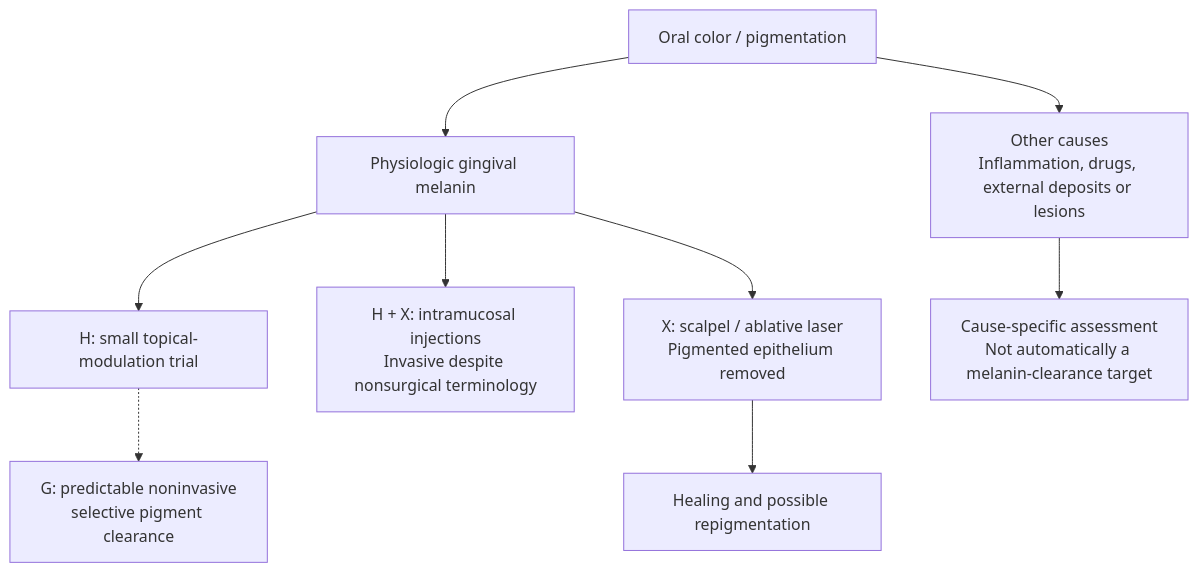
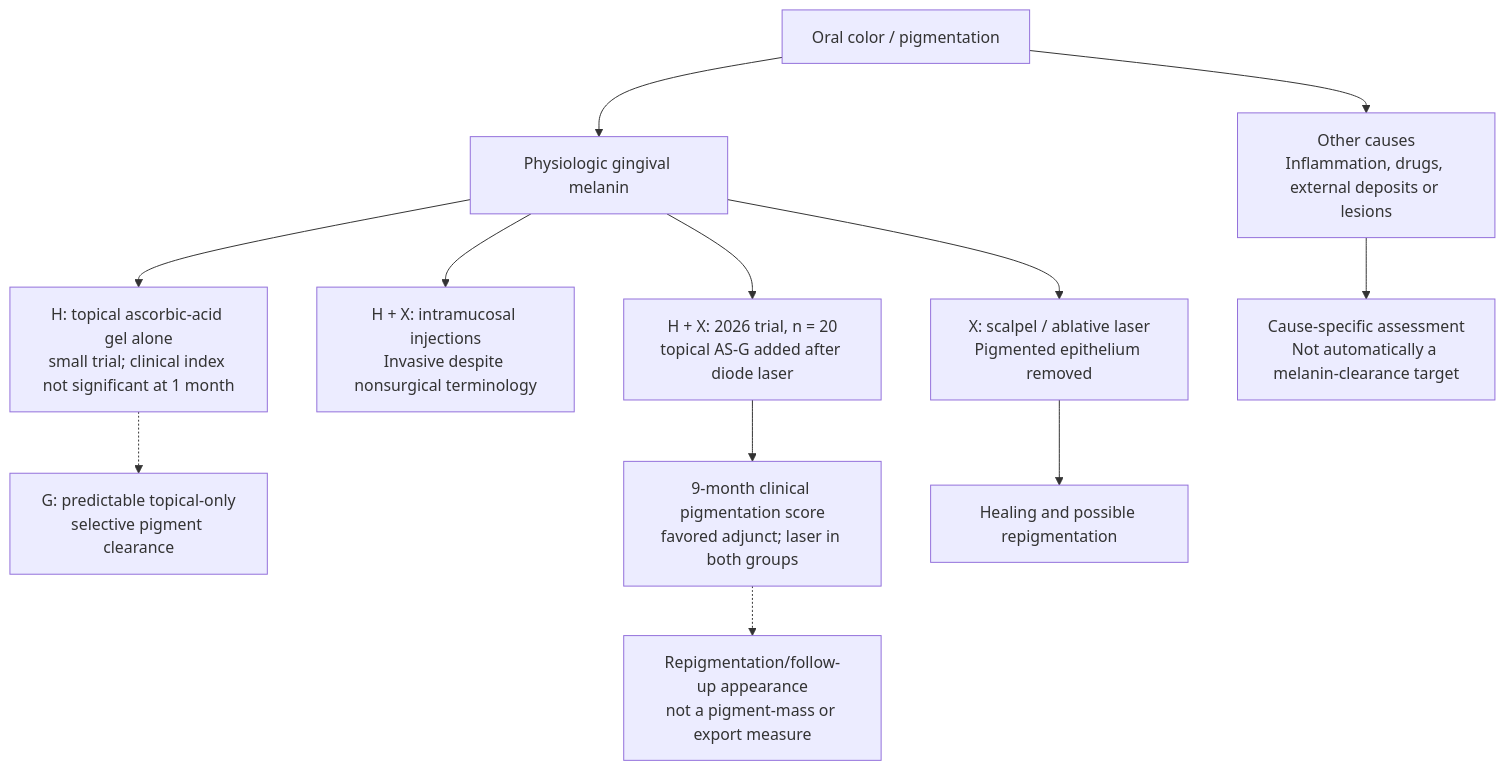
The eighth of 16 diagrams in research/tissue-pigment-atlas.md (dylanstechmann/iris-color-without-contacts), drawn with Mermaid before and after one commit. The commit also changed other lines of this file, not shown here.

Commit message:
Add 2026 clinical gum-pigmentation evidence

````diff
--- a/research/tissue-pigment-atlas.md
+++ b/research/tissue-pigment-atlas.md
@@ -197,11 +197,14 @@
 ```mermaid
 flowchart TD
     A["Oral color / pigmentation"] --> B["Physiologic gingival melanin"]
     A --> C["Other causes<br/>Inflammation, drugs, external deposits or lesions"]
-    B --> T["H: small topical-modulation trial"]
-    T -.-> G["G: predictable noninvasive<br/>selective pigment clearance"]
+    B --> T["H: topical ascorbic-acid gel alone<br/>small trial; clinical index not significant at 1 month"]
+    T -.-> G["G: predictable topical-only<br/>selective pigment clearance"]
     B --> I["H + X: intramucosal injections<br/>Invasive despite nonsurgical terminology"]
+    B --> L["H + X: 2026 trial, n = 20<br/>topical AS-G added after diode laser"]
+    L --> D9["9-month clinical pigmentation score<br/>favored adjunct; laser in both groups"]
+    D9 -.-> C9["Repigmentation/follow-up appearance<br/>not a pigment-mass or export measure"]
     B --> S["X: scalpel / ablative laser<br/>Pigmented epithelium removed"]
     S --> R["Healing and possible repigmentation"]
-    C --> D["Cause-specific assessment<br/>Not automatically a melanin-clearance target"]
+    C --> O["Cause-specific assessment<br/>Not automatically a melanin-clearance target"]
 ```
````
